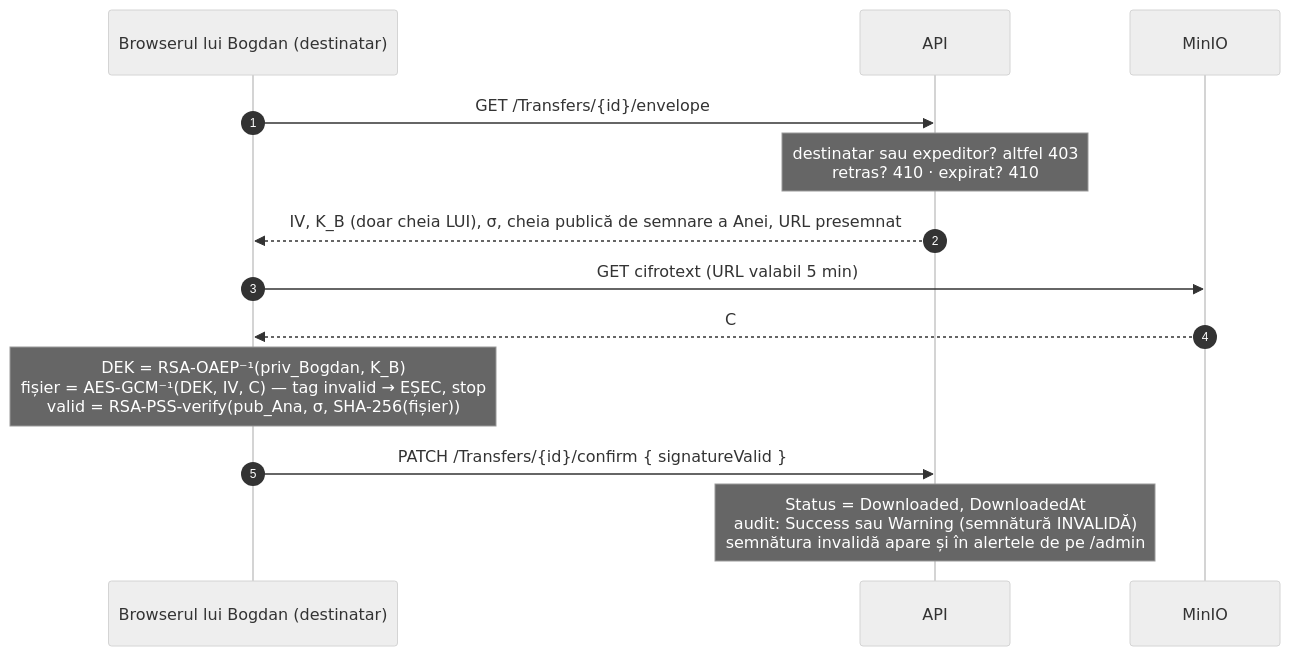
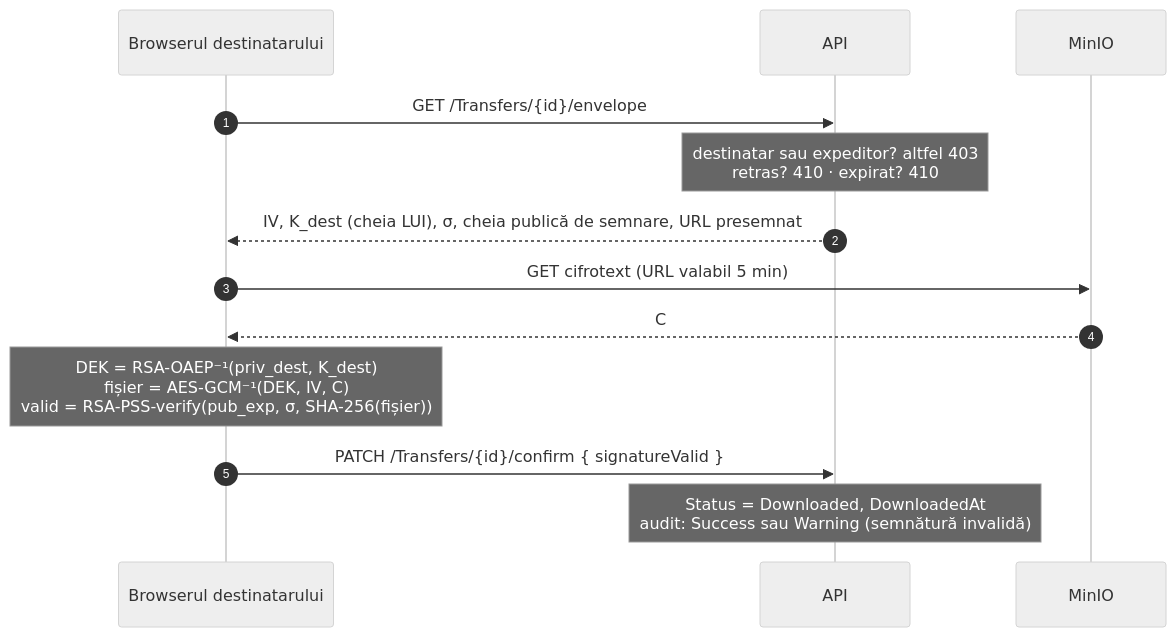
The fourth of 5 diagrams in README.md (Danielus-hehe/mai-secure-platform), drawn with Mermaid (neutral theme) before and after one commit. The commit also changed other lines of this file, not shown here.

````diff
--- a/README.md
+++ b/README.md
@@ -183,16 +256,16 @@
 ```mermaid
 sequenceDiagram
     autonumber
-    participant BB as Browserul lui Bogdan (destinatar)
+    participant BB as Browserul destinatarului
     participant S as API
     participant M as MinIO
 
     BB->>S: GET /Transfers/{id}/envelope
     Note over S: destinatar sau expeditor? altfel 403<br/>retras? 410 · expirat? 410
-    S-->>BB: IV, K_B (doar cheia LUI), σ, cheia publică de semnare a Anei, URL presemnat
+    S-->>BB: IV, K_dest (cheia LUI), σ, cheia publică de semnare, URL presemnat
     BB->>M: GET cifrotext (URL valabil 5 min)
     M-->>BB: C
-    Note over BB: DEK = RSA-OAEP⁻¹(priv_Bogdan, K_B)<br/>fișier = AES-GCM⁻¹(DEK, IV, C) — tag invalid → EȘEC, stop<br/>valid = RSA-PSS-verify(pub_Ana, σ, SHA-256(fișier))
+    Note over BB: DEK = RSA-OAEP⁻¹(priv_dest, K_dest)<br/>fișier = AES-GCM⁻¹(DEK, IV, C)<br/>valid = RSA-PSS-verify(pub_exp, σ, SHA-256(fișier))
     BB->>S: PATCH /Transfers/{id}/confirm { signatureValid }
-    Note over S: Status = Downloaded, DownloadedAt<br/>audit: Success sau Warning (semnătură INVALIDĂ)<br/>semnătura invalidă apare și în alertele de pe /admin
+    Note over S: Status = Downloaded, DownloadedAt<br/>audit: Success sau Warning (semnătură invalidă)
 ```
````
